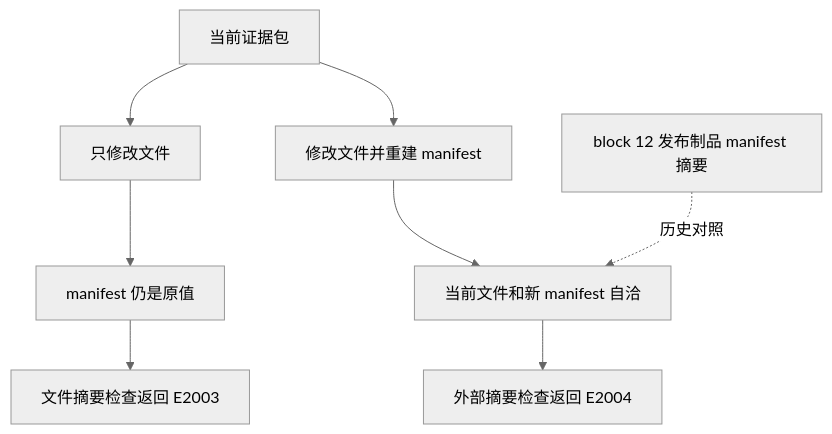
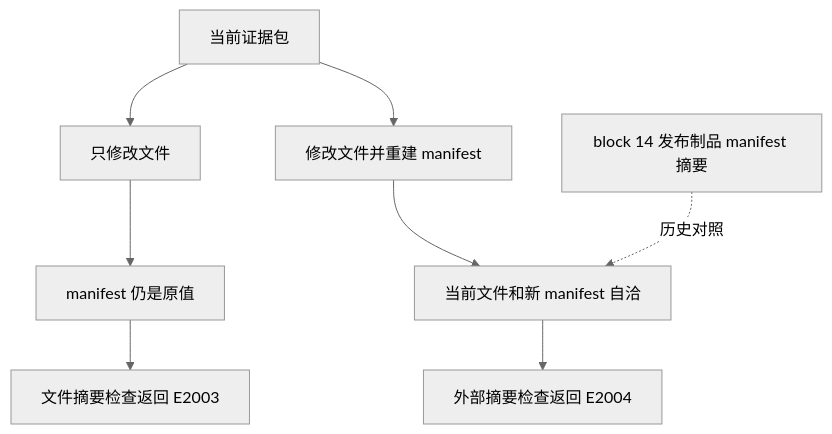
Before and after one commit to wenlittle/MoonEvidence: the fourth of 5 diagrams in docs/report/DEVELOPMENT_REPORT.md, drawn with Mermaid. The commit also changed other lines of this file and 11 other files, not shown here.

````diff
--- a/docs/report/DEVELOPMENT_REPORT.md
+++ b/docs/report/DEVELOPMENT_REPORT.md
@@ -264,13 +264,13 @@
 ```mermaid
 %%{init: {"theme": "neutral"}}%%
 flowchart TB
-    A["block 12 发布制品 manifest 摘要"]
+    A["block 14 发布制品 manifest 摘要"]
     B["当前证据包"]
     B --> C["只修改文件"]
     C --> D["manifest 仍是原值"]
     D --> E["文件摘要检查返回 E2003"]
     B --> F["修改文件并重建 manifest"]
     F --> G["当前文件和新 manifest 自洽"]
     A -.历史对照.-> G
     G --> H["外部摘要检查返回 E2004"]
 ```
````
